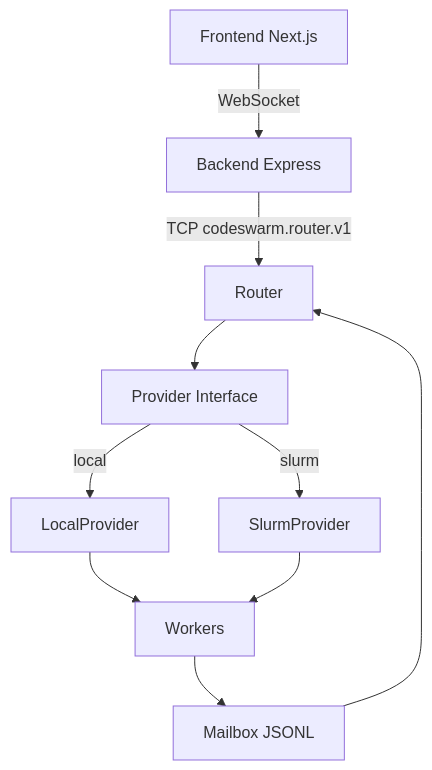
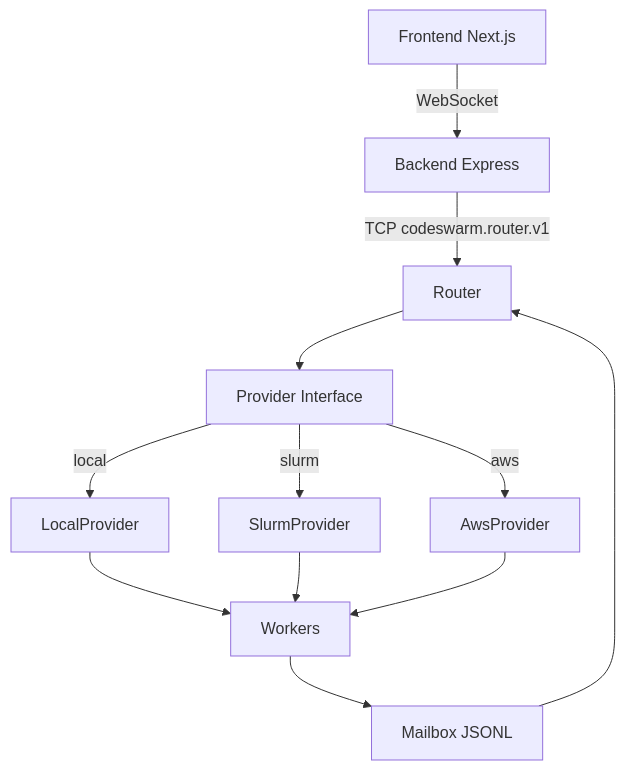
Before and after one commit to kalowery/codeswarm: the diagram in README.md, drawn with Mermaid. The commit also changed other lines of this file and 6 other files, not shown here.

````diff
--- a/README.md
+++ b/README.md
@@ -94,12 +102,14 @@
 ```mermaid
 flowchart TD
     UI[Frontend Next.js] -->|WebSocket| BE[Backend Express]
     BE -->|TCP codeswarm.router.v1| RT[Router]
     RT --> PR[Provider Interface]
     PR -->|local| LP[LocalProvider]
     PR -->|slurm| SP[SlurmProvider]
+    PR -->|aws| AP[AwsProvider]
     LP --> WK[Workers]
     SP --> WK
+    AP --> WK
     WK --> MB[Mailbox JSONL]
     MB --> RT
 ```
````
